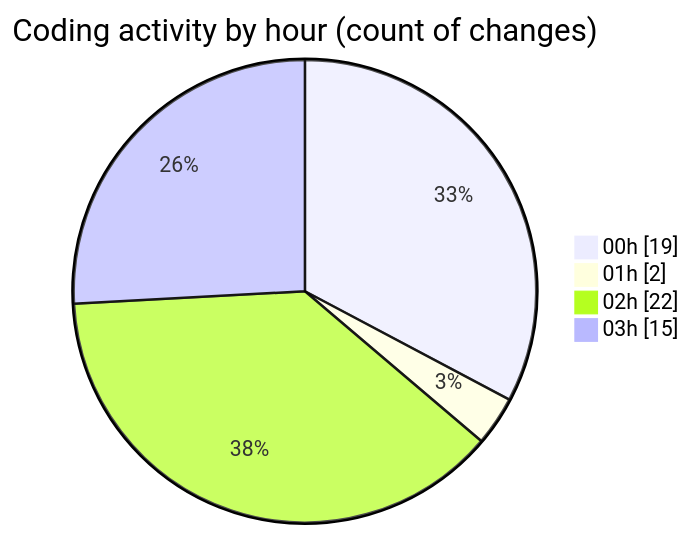
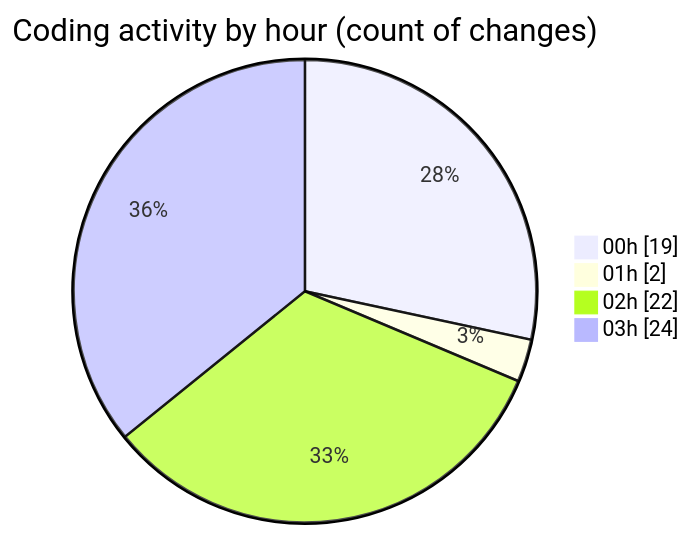
One commit to julien-gomy/code-tracking changed the second of 2 diagrams in 2025-10-21/eventscop-frontend-guide__workspace_/README.md. Above: the diagram before and after it, drawn with Mermaid. The commit also changed other lines of this file and 1 other file, not shown here.

````diff
--- a/2025-10-21/eventscop-frontend-guide__workspace_/README.md
+++ b/2025-10-21/eventscop-frontend-guide__workspace_/README.md
@@ -45,8 +45,8 @@
 ```mermaid
 pie showData
 title Coding activity by hour (count of changes)
 "00h" : 19
 "01h" : 2
 "02h" : 22
-"03h" : 15
+"03h" : 24
 ```
````
